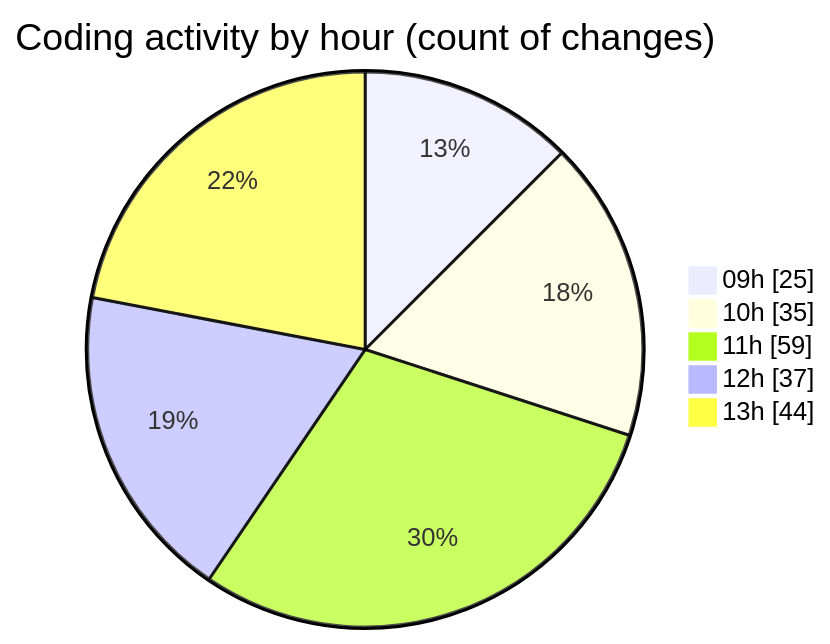
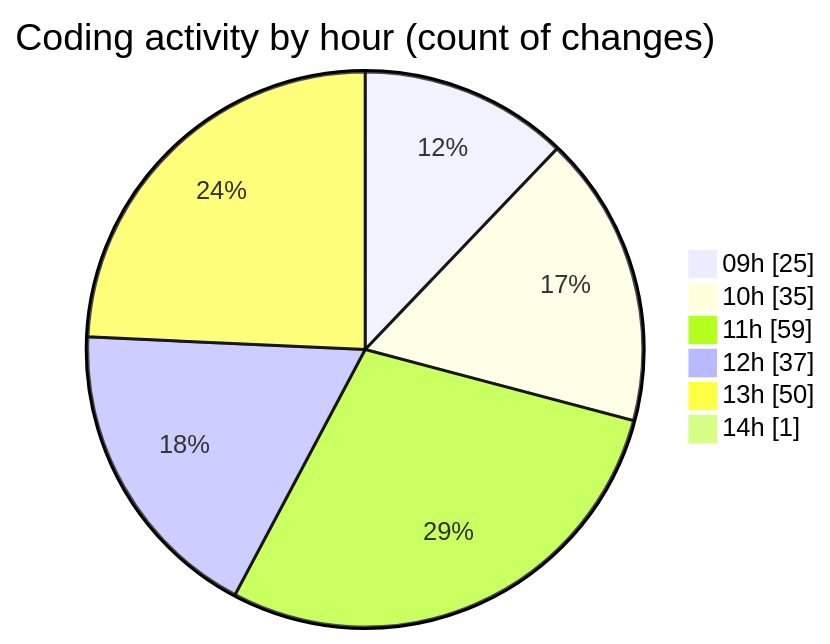
One commit to momahboobian/code-tracking changed the second of 2 diagrams in 2025-08-22/cda/README.md. Above: the diagram before and after it, drawn with Mermaid. The commit also changed other lines of this file and 1 other file, not shown here.

````diff
--- a/2025-08-22/cda/README.md
+++ b/2025-08-22/cda/README.md
@@ -51,9 +51,10 @@
 ```mermaid
 pie showData
 title Coding activity by hour (count of changes)
 "09h" : 25
 "10h" : 35
 "11h" : 59
 "12h" : 37
-"13h" : 44
+"13h" : 50
+"14h" : 1
 ```
````
